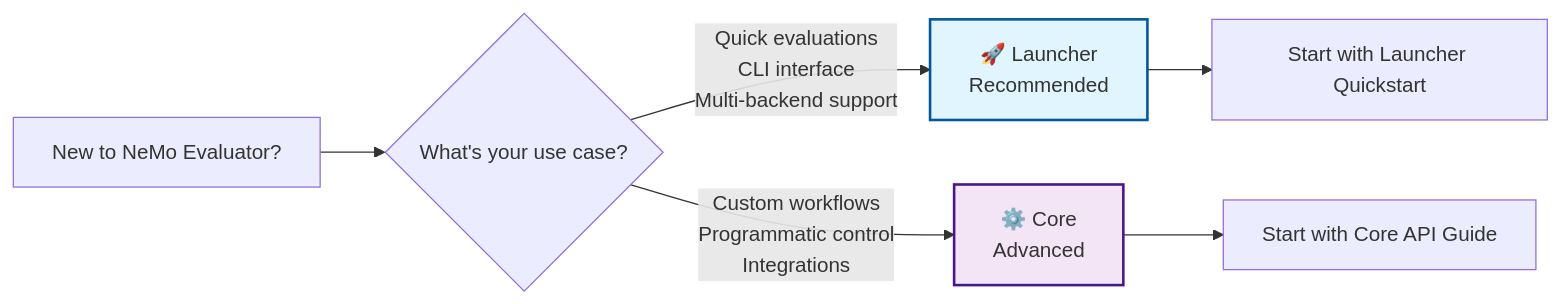
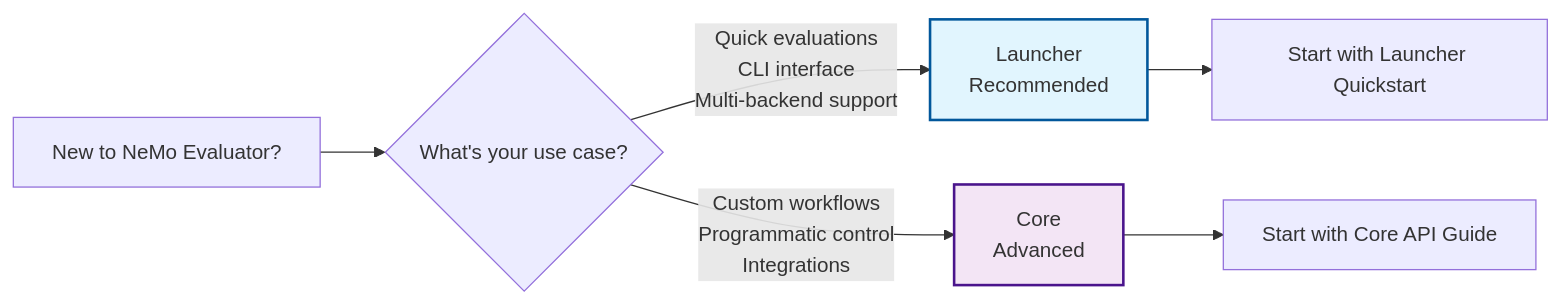
Before and after one commit to NVIDIA-NeMo/Evaluator: the diagram in docs/index.md, drawn with Mermaid. The commit also changed other lines of this file and 39 other files, not shown here.

````diff
--- a/docs/index.md
+++ b/docs/index.md
@@ -63,13 +63,13 @@
 ```{mermaid}
 flowchart LR
     A[New to NeMo Evaluator?] --> B{What's your use case?}
     
-    B -->|Quick evaluations<br/>CLI interface<br/>Multi-backend support| C[🚀 Launcher<br/>Recommended]
-    B -->|Custom workflows<br/>Programmatic control<br/>Integrations| D[⚙️ Core<br/>Advanced]
+    B -->|Quick evaluations<br/>CLI interface<br/>Multi-backend support| C[Launcher<br/>Recommended]
+    B -->|Custom workflows<br/>Programmatic control<br/>Integrations| D[Core<br/>Advanced]
     
     C --> E[Start with Launcher Quickstart]
     D --> F[Start with Core API Guide]
     
     style C fill:#e1f5fe,stroke:#01579b,stroke-width:2px
     style D fill:#f3e5f5,stroke:#4a148c,stroke-width:2px
 ```
````
